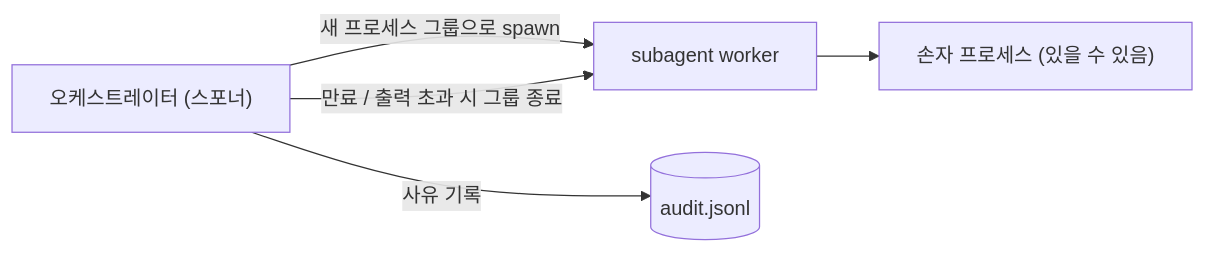
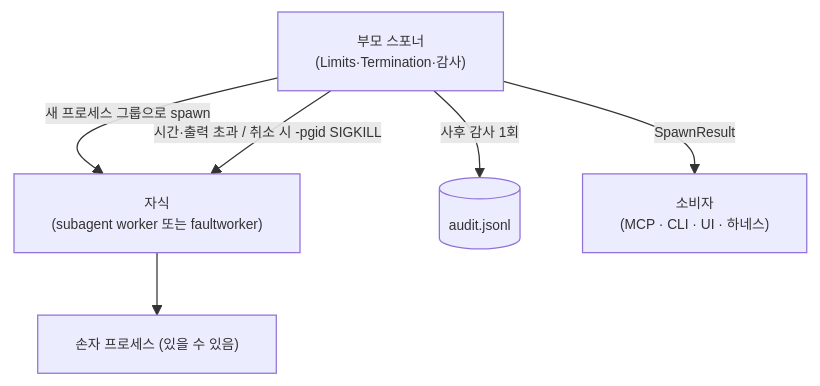
The diagram in docs/로드맵/10-서브프로세스-자원-및-수명-통제/ROADMAP.md (RadiantCitron/authz-harness), drawn with Mermaid before and after one commit. The commit also changed other lines of this file and 13 other files, not shown here.

First line of the commit message:
docs(adr-0003,roadmap-10): C-7 개정(결함 워커 별도 실행 파일) 및 019 재편안 반영 — 모듈 경계 기준 6단계 재편

````diff
--- a/docs/로드맵/10-서브프로세스-자원-및-수명-통제/ROADMAP.md
+++ b/docs/로드맵/10-서브프로세스-자원-및-수명-통제/ROADMAP.md
@@ -17,7 +20,9 @@
 ```mermaid
-flowchart LR
-  O["오케스트레이터 (스포너)"] -->|"새 프로세스 그룹으로 spawn"| W["subagent worker"]
+%%{init: {'themeVariables': {'fontSize': '11px'}}}%%
+flowchart TB
+  O["부모 스포너<br/>(Limits·Termination·감사)"] -->|"새 프로세스 그룹으로 spawn"| W["자식<br/>(subagent worker 또는 faultworker)"]
   W --> G["손자 프로세스 (있을 수 있음)"]
-  O -->|"만료 / 출력 초과 시 그룹 종료"| W
-  O -->|"사유 기록"| A[("audit.jsonl")]
+  O -->|"시간·출력 초과 / 취소 시 -pgid SIGKILL"| W
+  O -->|"사후 감사 1회"| A[("audit.jsonl")]
+  O -->|"SpawnResult"| C["소비자<br/>(MCP · CLI · UI · 하네스)"]
 ```
````
